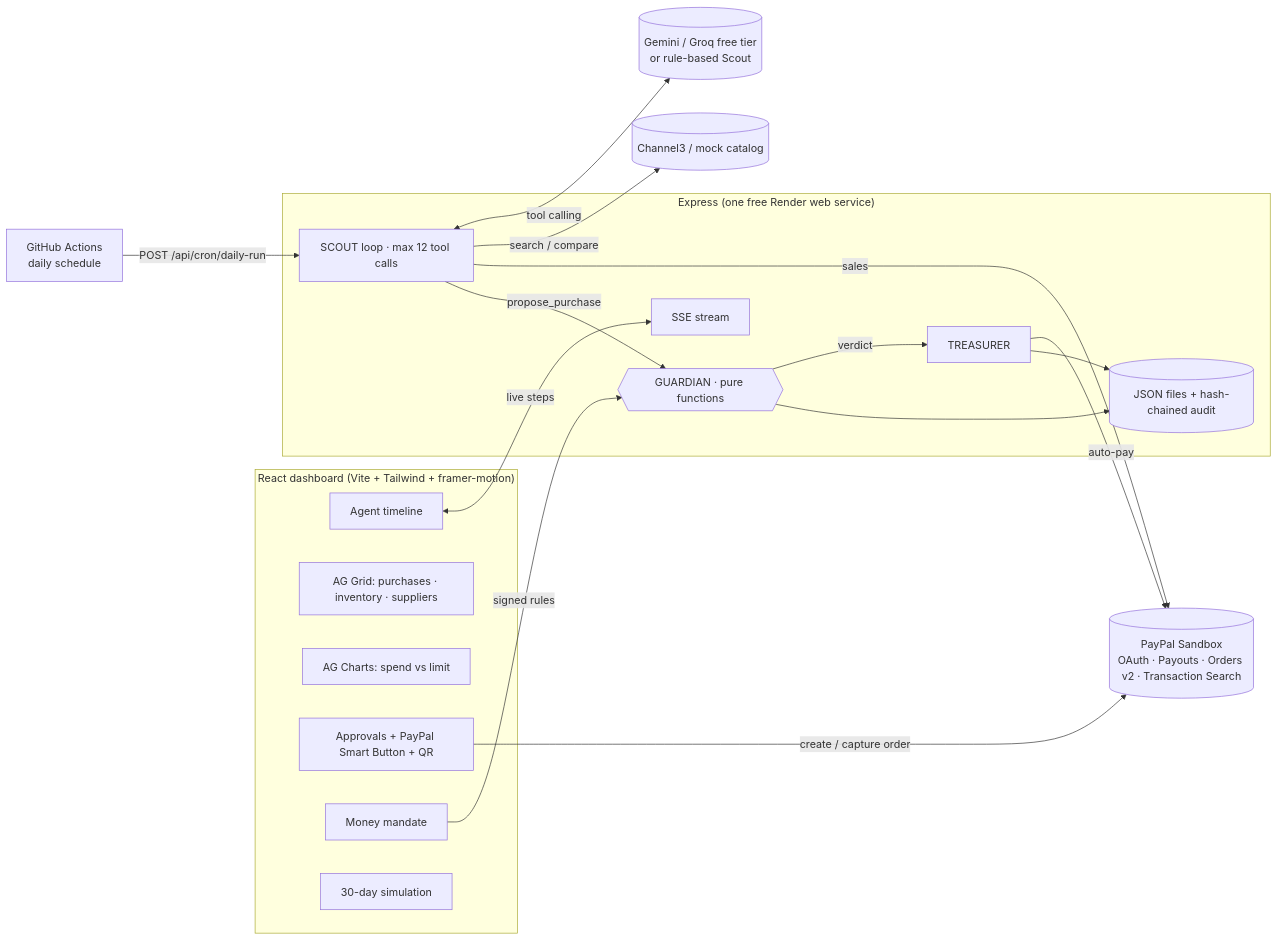
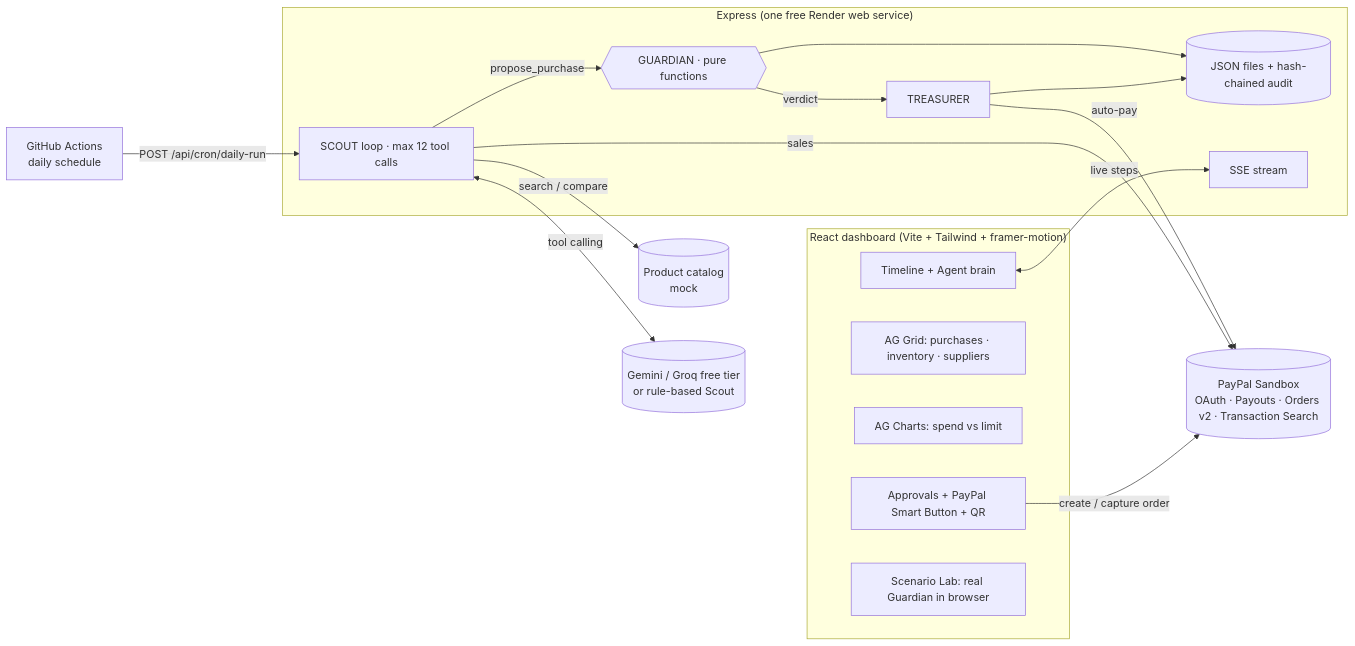
One commit to PranayViswaraj/restock changed the diagram in README.md. Above: the diagram before and after it, drawn with Mermaid. The commit also changed other lines of this file and 12 other files, not shown here.

````diff
--- a/README.md
+++ b/README.md
@@ -44,34 +72,32 @@
 ```mermaid
 flowchart LR
   subgraph Browser["React dashboard (Vite + Tailwind + framer-motion)"]
-    TL[Agent timeline]
+    TL[Timeline + Agent brain]
     GR[AG Grid: purchases · inventory · suppliers]
     CH[AG Charts: spend vs limit]
     AP[Approvals + PayPal Smart Button + QR]
-    MD[Money mandate]
-    SIM[30-day simulation]
+    LAB[Scenario Lab: real Guardian in browser]
   end
   subgraph Server["Express (one free Render web service)"]
     SSE[SSE stream]
     SC[SCOUT loop · max 12 tool calls]
     GU{{GUARDIAN · pure functions}}
     TR[TREASURER]
     LG[(JSON files + hash-chained audit)]
   end
   GH[GitHub Actions<br/>daily schedule] -- POST /api/cron/daily-run --> SC
   LLM[(Gemini / Groq free tier<br/>or rule-based Scout)]
-  C3[(Channel3 / mock catalog)]
+  C3[(Product catalog<br/>mock)]
   PP[(PayPal Sandbox<br/>OAuth · Payouts · Orders v2 · Transaction Search)]
 
   TL <-- live steps --> SSE
   SC <-- tool calling --> LLM
   SC -- search / compare --> C3
   SC -- sales --> PP
   SC -- propose_purchase --> GU
   GU -- verdict --> TR
   TR -- auto-pay --> PP
   AP -- create / capture order --> PP
   TR --> LG
   GU --> LG
-  MD -- signed rules --> GU
 ```
````
